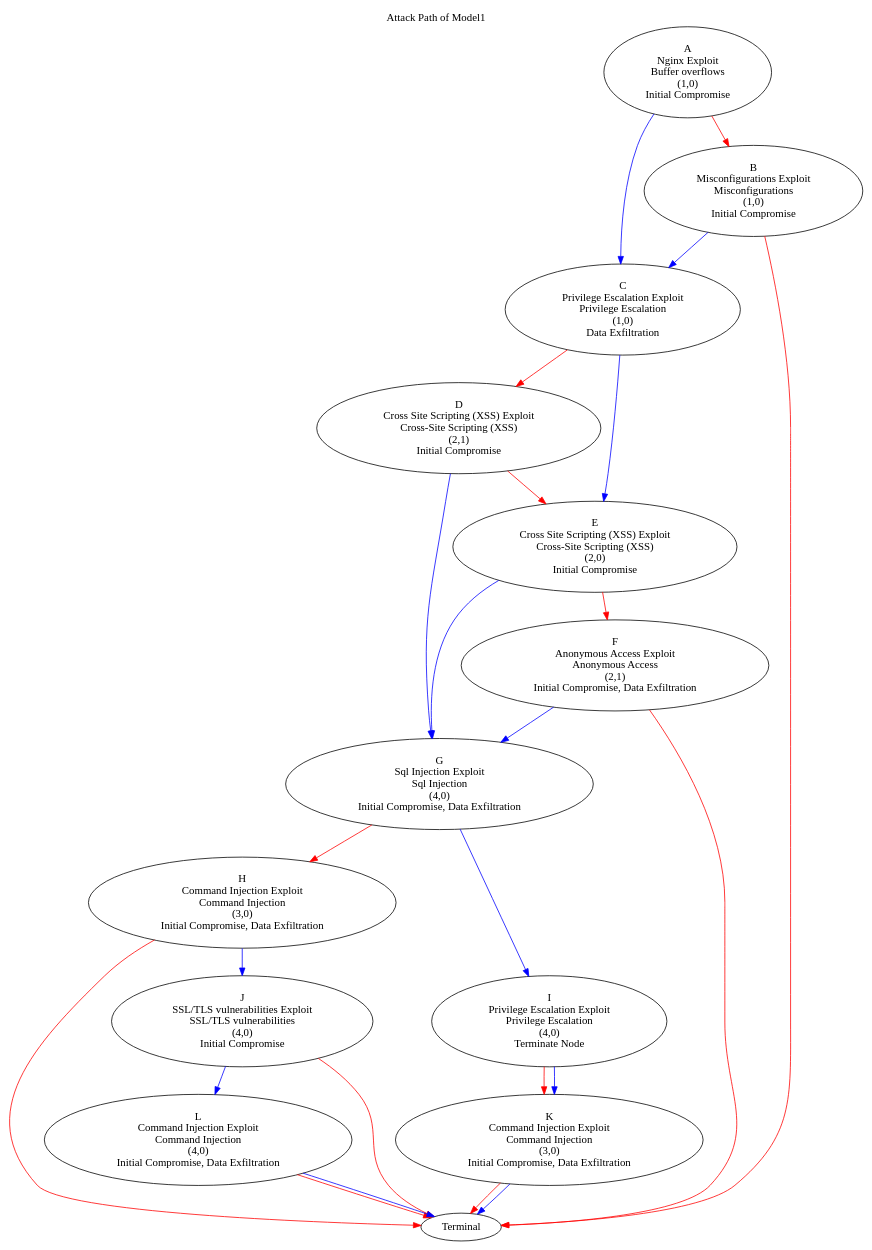
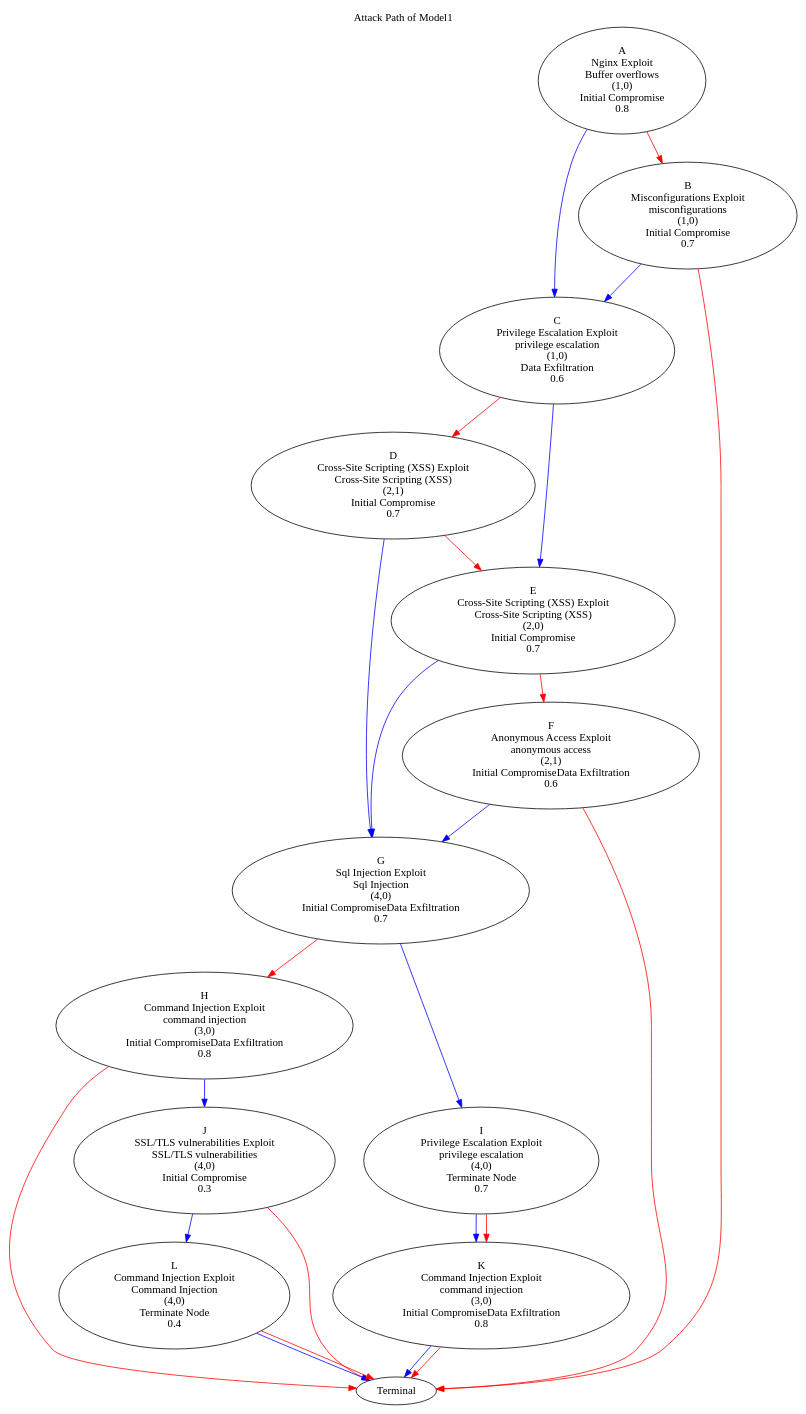
The diagram in BPMN-Network-Model/Model1/AttackPath.gv (riasati/EvaluatingCSA), drawn with Graphviz before and after one commit. The commit also changed 12 other files, not shown here.

```diff
--- a/BPMN-Network-Model/Model1/AttackPath.gv
+++ b/BPMN-Network-Model/Model1/AttackPath.gv
@@ -1,60 +1,41 @@
+// Attack Path
 digraph AttackPathModel {
-
-    #layout=dot
-    label = "Attack Path of Model1";
-    labelloc = "t"; // place the label at the top
-    #node [shape=record];
-
-	A [label = "A\nNginx Exploit\nBuffer overflows\n(1,0)\nInitial Compromise"]
-    B [label = "B\nMisconfigurations Exploit\nMisconfigurations\n(1,0)\nInitial Compromise"]
-    C [label = "C\nPrivilege Escalation Exploit\nPrivilege Escalation\n(1,0)\nData Exfiltration"]
-    D [label = "D\nCross Site Scripting (XSS) Exploit\nCross-Site Scripting (XSS)\n(2,1)\nInitial Compromise"]
-    E [label = "E\nCross Site Scripting (XSS) Exploit\nCross-Site Scripting (XSS)\n(2,0)\nInitial Compromise"]
-    F [label = "F\nAnonymous Access Exploit\nAnonymous Access\n(2,1)\nInitial Compromise, Data Exfiltration"]
-    G [label = "G\nSql Injection Exploit\nSql Injection\n(4,0)\nInitial Compromise, Data Exfiltration"]
-    H [label = "H\nCommand Injection Exploit\nCommand Injection \n(3,0)\nInitial Compromise, Data Exfiltration"]
-    I [label = "I\nPrivilege Escalation Exploit\nPrivilege Escalation\n(4,0)\nTerminate Node"]
-    J [label = "J\nSSL/TLS vulnerabilities Exploit\nSSL/TLS vulnerabilities\n(4,0)\nInitial Compromise"]
-    K [label = "K\nCommand Injection Exploit\nCommand Injection\n(3,0)\nInitial Compromise, Data Exfiltration"]
-    L [label = "L\nCommand Injection Exploit\nCommand Injection\n(4,0)\nInitial Compromise, Data Exfiltration"]
-
-
-    T [label = "Terminal"]
-    
+	graph [label="Attack Path of Model1" labelloc=t]
+	A [label="A\nNginx Exploit\nBuffer overflows\n(1,0)\nInitial Compromise\n0.8"]
+	B [label="B\nMisconfigurations Exploit\nmisconfigurations\n(1,0)\nInitial Compromise\n0.7"]
+	C [label="C\nPrivilege Escalation Exploit\nprivilege escalation\n(1,0)\nData Exfiltration\n0.6"]
+	D [label="D\nCross-Site Scripting (XSS) Exploit\nCross-Site Scripting (XSS)\n(2,1)\nInitial Compromise\n0.7"]
+	E [label="E\nCross-Site Scripting (XSS) Exploit\nCross-Site Scripting (XSS)\n(2,0)\nInitial Compromise\n0.7"]
+	F [label="F\nAnonymous Access Exploit\nanonymous access\n(2,1)\nInitial CompromiseData Exfiltration\n0.6"]
+	G [label="G\nSql Injection Exploit\nSql Injection\n(4,0)\nInitial CompromiseData Exfiltration\n0.7"]
+	H [label="H\nCommand Injection Exploit\ncommand injection\n(3,0)\nInitial CompromiseData Exfiltration\n0.8"]
+	I [label="I\nPrivilege Escalation Exploit\nprivilege escalation\n(4,0)\nTerminate Node\n0.7"]
+	J [label="J\nSSL/TLS vulnerabilities Exploit\nSSL/TLS vulnerabilities\n(4,0)\nInitial Compromise\n0.3"]
+	K [label="K\nCommand Injection Exploit\ncommand injection\n(3,0)\nInitial CompromiseData Exfiltration\n0.8"]
+	L [label="L\nCommand Injection Exploit\nCommand Injection\n(4,0)\nTerminate Node\n0.4"]
+	Terminal [label=Terminal]
+	A -> C [color=blue]
 	A -> B [color=red]
-    A -> C [color=blue]
-
-    B -> T [color=red]
-    B -> C [color=blue]
-
-    C -> D [color=red]
-    C -> E [color=blue]
-
-    D -> E [color=red]
-    D -> G [color=blue]
-
-    E -> F [color=red]
-    E -> G [color=blue]
-
-    F -> T [color=red]
-    F -> G [color=blue]
-
-    G -> H [color=red]
-    G -> I [color=blue]
-
-    H -> T [color=red]
-    H -> J [color=blue]
-
-    I -> K [color=red]
-    I -> K [color=blue]
-
-    J -> T [color=red]
-    J -> L [color=blue]
-
-    K -> T [color=red]
-    K -> T [color=blue]
-
-    L -> T [color=red]
-    L -> T [color=blue]
-
+	B -> C [color=blue]
+	B -> Terminal [color=red]
+	C -> E [color=blue]
+	C -> D [color=red]
+	D -> G [color=blue]
+	D -> E [color=red]
+	E -> G [color=blue]
+	E -> F [color=red]
+	F -> G [color=blue]
+	F -> Terminal [color=red]
+	G -> I [color=blue]
+	G -> H [color=red]
+	H -> J [color=blue]
+	H -> Terminal [color=red]
+	I -> K [color=blue]
+	I -> K [color=red]
+	J -> L [color=blue]
+	J -> Terminal [color=red]
+	K -> Terminal [color=blue]
+	K -> Terminal [color=red]
+	L -> Terminal [color=blue]
+	L -> Terminal [color=red]
 }
```
